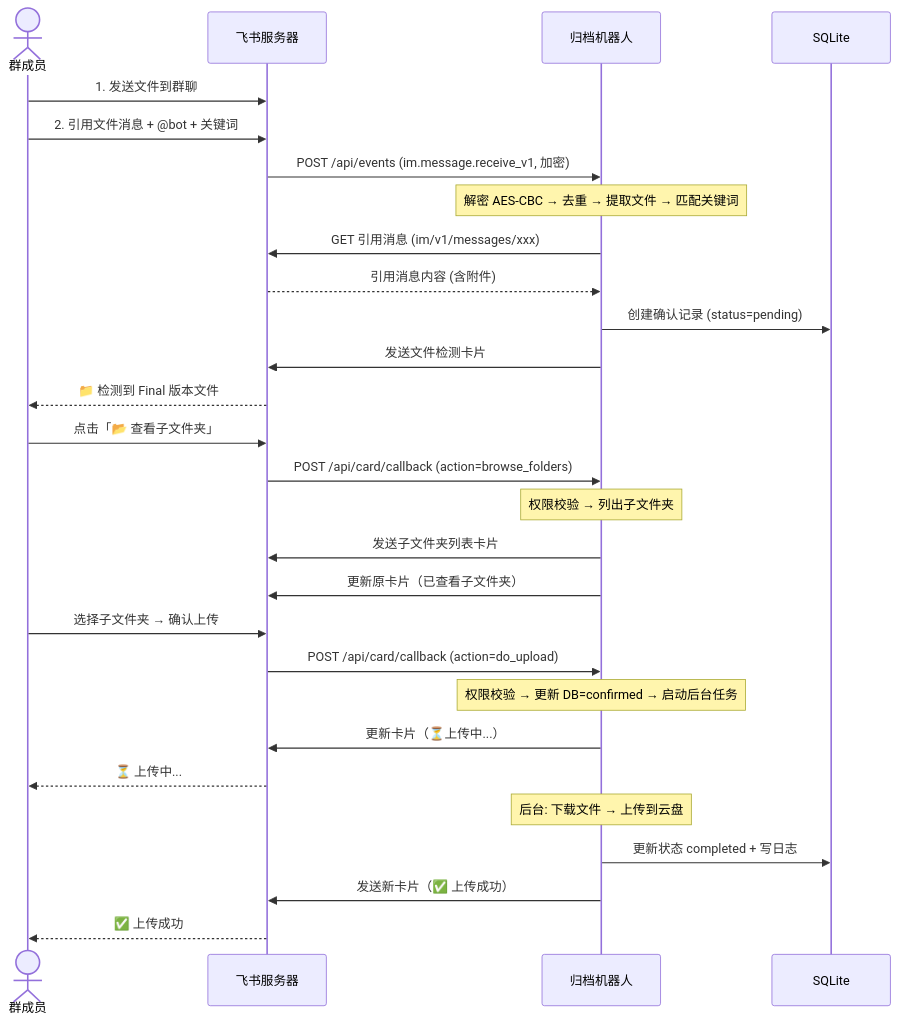
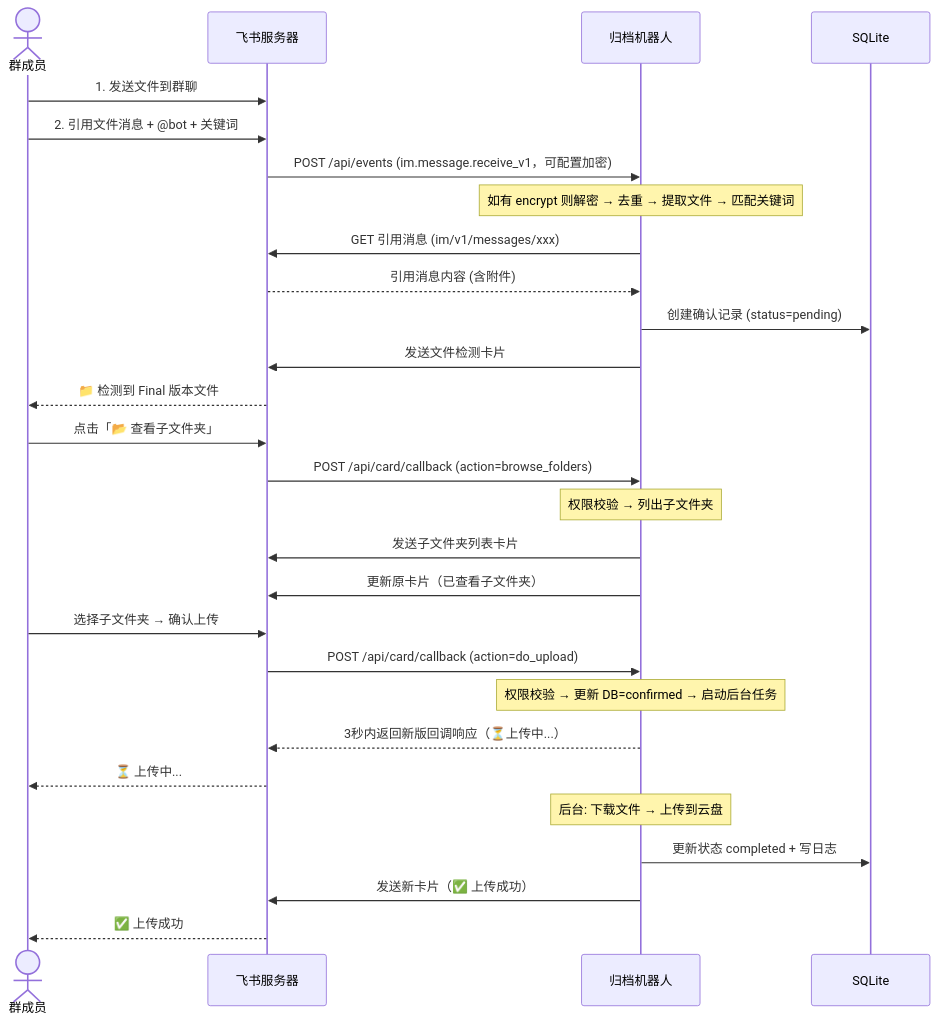
The third of 3 diagrams in 飞书附件归档机器人-流程设计.md (Calvincheng-ops/feishu-archive-bot), drawn with Mermaid before and after one commit. The commit also changed other lines of this file and 8 other files, not shown here.

Commit message:
Fix Feishu card interaction archive flow

````diff
--- a/飞书附件归档机器人-流程设计.md
+++ b/飞书附件归档机器人-流程设计.md
@@ -392,42 +447,42 @@
 ```mermaid
 sequenceDiagram
     actor User as 群成员
     participant FS as 飞书服务器
     participant Bot as 归档机器人
     participant DB as SQLite
 
     User->>FS: 1. 发送文件到群聊
     User->>FS: 2. 引用文件消息 + @bot + 关键词
-    FS->>Bot: POST /api/events (im.message.receive_v1, 加密)
+    FS->>Bot: POST /api/events (im.message.receive_v1，可配置加密)
 
-    Note over Bot: 解密 AES-CBC → 去重 → 提取文件 → 匹配关键词
+    Note over Bot: 如有 encrypt 则解密 → 去重 → 提取文件 → 匹配关键词
 
     Bot->>FS: GET 引用消息 (im/v1/messages/xxx)
     FS-->>Bot: 引用消息内容 (含附件)
 
     Bot->>DB: 创建确认记录 (status=pending)
     Bot->>FS: 发送文件检测卡片
     FS-->>User: 📁 检测到 Final 版本文件
 
     User->>FS: 点击「📂 查看子文件夹」
     FS->>Bot: POST /api/card/callback (action=browse_folders)
 
     Note over Bot: 权限校验 → 列出子文件夹
 
     Bot->>FS: 发送子文件夹列表卡片
     Bot->>FS: 更新原卡片（已查看子文件夹）
 
     User->>FS: 选择子文件夹 → 确认上传
     FS->>Bot: POST /api/card/callback (action=do_upload)
 
     Note over Bot: 权限校验 → 更新 DB=confirmed → 启动后台任务
 
-    Bot->>FS: 更新卡片（⏳上传中...）
+    Bot-->>FS: 3秒内返回新版回调响应（⏳上传中...）
     FS-->>User: ⏳ 上传中...
 
     Note over Bot: 后台: 下载文件 → 上传到云盘
 
     Bot->>DB: 更新状态 completed + 写日志
     Bot->>FS: 发送新卡片（✅ 上传成功）
     FS-->>User: ✅ 上传成功
 ```
````
